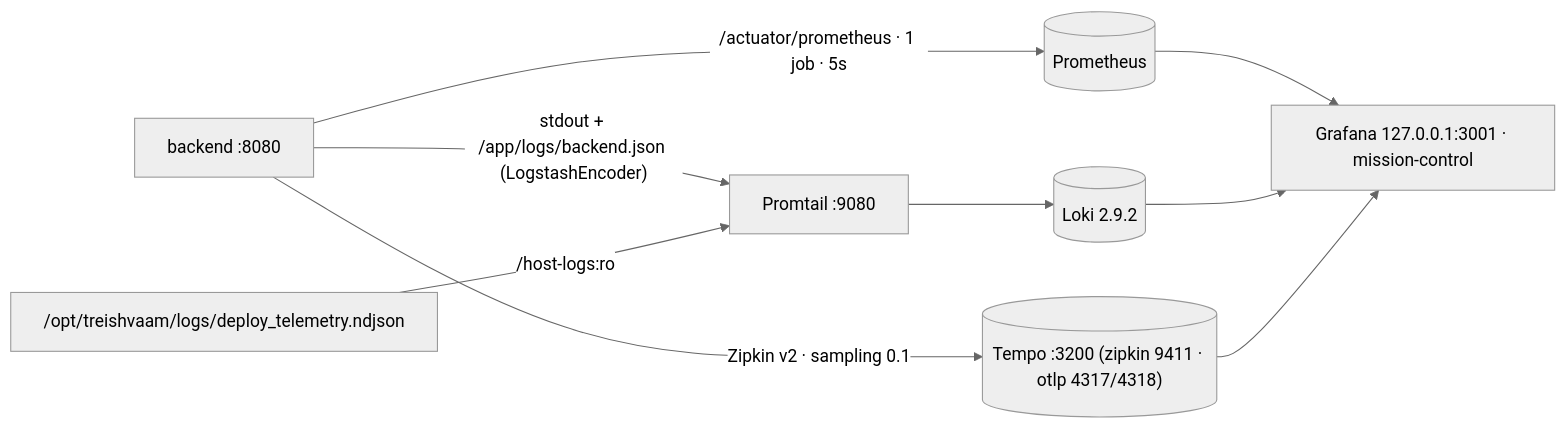
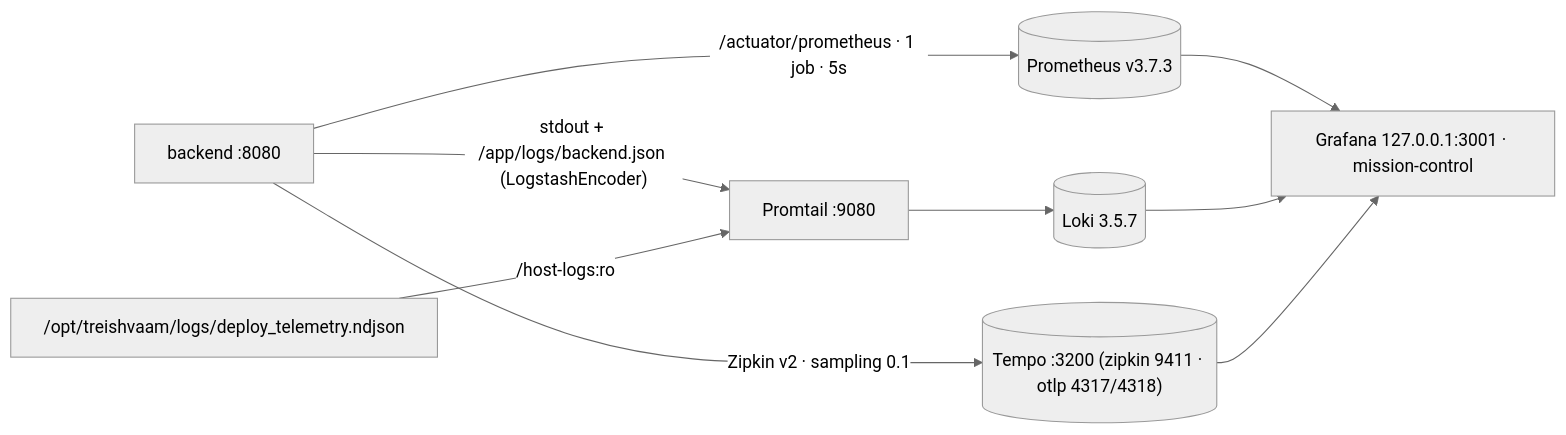
The diagram in docs/BE-06-OBSERVABILITY.md (callitask/finance-api), drawn with Mermaid (neutral theme) before and after one commit. The commit also changed other lines of this file and 16 other files, not shown here.

````diff
--- a/docs/BE-06-OBSERVABILITY.md
+++ b/docs/BE-06-OBSERVABILITY.md
@@ -9,8 +9,8 @@
 ```mermaid
 flowchart LR
-    BE["backend :8080"] -->|"/actuator/prometheus · 1 job · 5s"| PROM[("Prometheus")]
+    BE["backend :8080"] -->|"/actuator/prometheus · 1 job · 5s"| PROM[("Prometheus v3.7.3")]
     BE -->|"stdout + /app/logs/backend.json (LogstashEncoder)"| PT["Promtail :9080"]
-    HOST["/opt/treishvaam/logs/deploy_telemetry.ndjson"] -->|"/host-logs:ro"| PT --> LOKI[("Loki 2.9.2")]
+    HOST["/opt/treishvaam/logs/deploy_telemetry.ndjson"] -->|"/host-logs:ro"| PT --> LOKI[("Loki 3.5.7")]
     BE -->|"Zipkin v2 · sampling 0.1"| TEMPO[("Tempo :3200 (zipkin 9411 · otlp 4317/4318)")]
     PROM & LOKI & TEMPO --> GRAF["Grafana 127.0.0.1:3001 · mission-control"]
 ```
````
